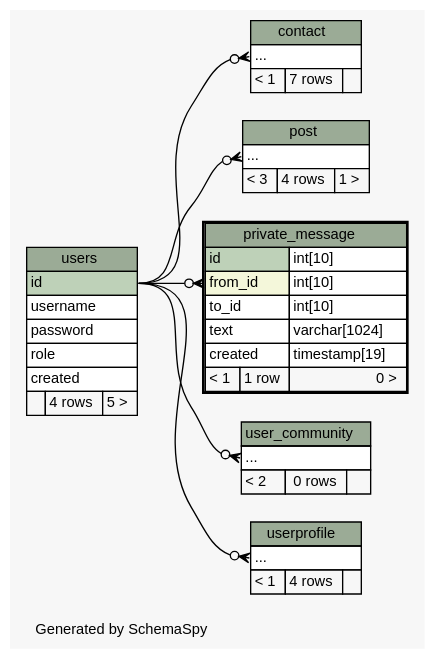
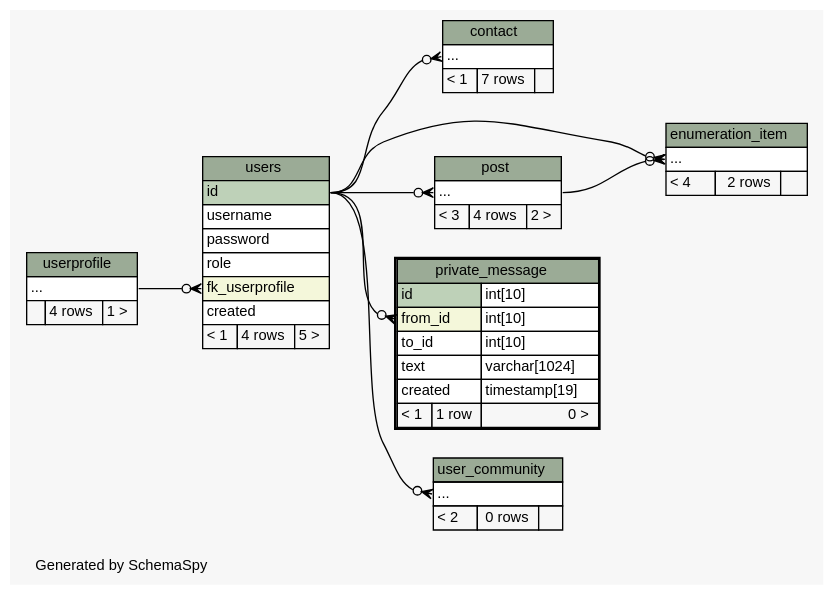
One commit to chr-krenn/chr-krenn-fhj-ws2017-sd17-pse changed the diagram in doc/db_schema/diagrams/private_message.2degrees.dot. Above: the diagram before and after it, drawn with Graphviz. The commit also changed 60 other files, not shown here.

```diff
--- a/doc/db_schema/diagrams/private_message.2degrees.dot
+++ b/doc/db_schema/diagrams/private_message.2degrees.dot
@@ -1,95 +1,108 @@
 // dot 2.40.1 on Linux 4.12.5-300.fc26.x86_64
 // SchemaSpy rev 590
 digraph "twoDegreesRelationshipsDiagram" {
   graph [
     rankdir="RL"
     bgcolor="#f7f7f7"
     label="\nGenerated by SchemaSpy"
     labeljust="l"
     nodesep="0.18"
     ranksep="0.46"
     fontname="Helvetica"
     fontsize="11"
   ];
   node [
     fontname="Helvetica"
     fontsize="11"
     shape="plaintext"
   ];
   edge [
     arrowsize="0.8"
   ];
   "contact":"elipses":w -> "users":"id":e [arrowhead=none dir=back arrowtail=crowodot];
+  "enumeration_item":"elipses":w -> "post":"elipses":e [arrowhead=none dir=back arrowtail=crowodot];
+  "enumeration_item":"elipses":w -> "users":"id":e [arrowhead=none dir=back arrowtail=crowodot];
   "post":"elipses":w -> "users":"id":e [arrowhead=none dir=back arrowtail=crowodot];
   "private_message":"from_id":w -> "users":"id":e [arrowhead=none dir=back arrowtail=crowodot];
   "user_community":"elipses":w -> "users":"id":e [arrowhead=none dir=back arrowtail=crowodot];
-  "userprofile":"elipses":w -> "users":"id":e [arrowhead=none dir=back arrowtail=crowodot];
+  "users":"fk_userprofile":w -> "userprofile":"elipses":e [arrowhead=none dir=back arrowtail=crowodot];
   "contact" [
     label=<
     <TABLE BORDER="0" CELLBORDER="1" CELLSPACING="0" BGCOLOR="#ffffff">
       <TR><TD COLSPAN="3" BGCOLOR="#9bab96" ALIGN="CENTER">contact</TD></TR>
       <TR><TD PORT="elipses" COLSPAN="3" ALIGN="LEFT">...</TD></TR>
       <TR><TD ALIGN="LEFT" BGCOLOR="#f7f7f7">&lt; 1</TD><TD ALIGN="RIGHT" BGCOLOR="#f7f7f7">7 rows</TD><TD ALIGN="RIGHT" BGCOLOR="#f7f7f7">  </TD></TR>
     </TABLE>>
     URL="contact.html"
     tooltip="contact"
   ];
+  "enumeration_item" [
+    label=<
+    <TABLE BORDER="0" CELLBORDER="1" CELLSPACING="0" BGCOLOR="#ffffff">
+      <TR><TD COLSPAN="3" BGCOLOR="#9bab96" ALIGN="CENTER">enumeration_item</TD></TR>
+      <TR><TD PORT="elipses" COLSPAN="3" ALIGN="LEFT">...</TD></TR>
+      <TR><TD ALIGN="LEFT" BGCOLOR="#f7f7f7">&lt; 4</TD><TD ALIGN="RIGHT" BGCOLOR="#f7f7f7">2 rows</TD><TD ALIGN="RIGHT" BGCOLOR="#f7f7f7">  </TD></TR>
+    </TABLE>>
+    URL="enumeration_item.html"
+    tooltip="enumeration_item"
+  ];
   "post" [
     label=<
     <TABLE BORDER="0" CELLBORDER="1" CELLSPACING="0" BGCOLOR="#ffffff">
       <TR><TD COLSPAN="3" BGCOLOR="#9bab96" ALIGN="CENTER">post</TD></TR>
       <TR><TD PORT="elipses" COLSPAN="3" ALIGN="LEFT">...</TD></TR>
-      <TR><TD ALIGN="LEFT" BGCOLOR="#f7f7f7">&lt; 3</TD><TD ALIGN="RIGHT" BGCOLOR="#f7f7f7">4 rows</TD><TD ALIGN="RIGHT" BGCOLOR="#f7f7f7">1 &gt;</TD></TR>
+      <TR><TD ALIGN="LEFT" BGCOLOR="#f7f7f7">&lt; 3</TD><TD ALIGN="RIGHT" BGCOLOR="#f7f7f7">4 rows</TD><TD ALIGN="RIGHT" BGCOLOR="#f7f7f7">2 &gt;</TD></TR>
     </TABLE>>
     URL="post.html"
     tooltip="post"
   ];
   "private_message" [
     label=<
     <TABLE BORDER="2" CELLBORDER="1" CELLSPACING="0" BGCOLOR="#ffffff">
       <TR><TD COLSPAN="3" BGCOLOR="#9bab96" ALIGN="CENTER">private_message</TD></TR>
       <TR><TD PORT="id" COLSPAN="2" BGCOLOR="#bed1b8" ALIGN="LEFT">id</TD><TD PORT="id.type" ALIGN="LEFT">int[10]</TD></TR>
       <TR><TD PORT="from_id" COLSPAN="2" BGCOLOR="#f4f7da" ALIGN="LEFT">from_id</TD><TD PORT="from_id.type" ALIGN="LEFT">int[10]</TD></TR>
       <TR><TD PORT="to_id" COLSPAN="2" ALIGN="LEFT">to_id</TD><TD PORT="to_id.type" ALIGN="LEFT">int[10]</TD></TR>
       <TR><TD PORT="text" COLSPAN="2" ALIGN="LEFT">text</TD><TD PORT="text.type" ALIGN="LEFT">varchar[1024]</TD></TR>
       <TR><TD PORT="created" COLSPAN="2" ALIGN="LEFT">created</TD><TD PORT="created.type" ALIGN="LEFT">timestamp[19]</TD></TR>
       <TR><TD ALIGN="LEFT" BGCOLOR="#f7f7f7">&lt; 1</TD><TD ALIGN="RIGHT" BGCOLOR="#f7f7f7">1 row</TD><TD ALIGN="RIGHT" BGCOLOR="#f7f7f7">0 &gt;</TD></TR>
     </TABLE>>
     URL="private_message.html"
     tooltip="private_message"
   ];
   "user_community" [
     label=<
     <TABLE BORDER="0" CELLBORDER="1" CELLSPACING="0" BGCOLOR="#ffffff">
       <TR><TD COLSPAN="3" BGCOLOR="#9bab96" ALIGN="CENTER">user_community</TD></TR>
       <TR><TD PORT="elipses" COLSPAN="3" ALIGN="LEFT">...</TD></TR>
       <TR><TD ALIGN="LEFT" BGCOLOR="#f7f7f7">&lt; 2</TD><TD ALIGN="RIGHT" BGCOLOR="#f7f7f7">0 rows</TD><TD ALIGN="RIGHT" BGCOLOR="#f7f7f7">  </TD></TR>
     </TABLE>>
     URL="user_community.html"
     tooltip="user_community"
   ];
   "userprofile" [
     label=<
     <TABLE BORDER="0" CELLBORDER="1" CELLSPACING="0" BGCOLOR="#ffffff">
       <TR><TD COLSPAN="3" BGCOLOR="#9bab96" ALIGN="CENTER">userprofile</TD></TR>
       <TR><TD PORT="elipses" COLSPAN="3" ALIGN="LEFT">...</TD></TR>
-      <TR><TD ALIGN="LEFT" BGCOLOR="#f7f7f7">&lt; 1</TD><TD ALIGN="RIGHT" BGCOLOR="#f7f7f7">4 rows</TD><TD ALIGN="RIGHT" BGCOLOR="#f7f7f7">  </TD></TR>
+      <TR><TD ALIGN="LEFT" BGCOLOR="#f7f7f7">  </TD><TD ALIGN="RIGHT" BGCOLOR="#f7f7f7">4 rows</TD><TD ALIGN="RIGHT" BGCOLOR="#f7f7f7">1 &gt;</TD></TR>
     </TABLE>>
     URL="userprofile.html"
     tooltip="userprofile"
   ];
   "users" [
     label=<
     <TABLE BORDER="0" CELLBORDER="1" CELLSPACING="0" BGCOLOR="#ffffff">
       <TR><TD COLSPAN="3" BGCOLOR="#9bab96" ALIGN="CENTER">users</TD></TR>
       <TR><TD PORT="id" COLSPAN="3" BGCOLOR="#bed1b8" ALIGN="LEFT">id</TD></TR>
       <TR><TD PORT="username" COLSPAN="3" ALIGN="LEFT">username</TD></TR>
       <TR><TD PORT="password" COLSPAN="3" ALIGN="LEFT">password</TD></TR>
       <TR><TD PORT="role" COLSPAN="3" ALIGN="LEFT">role</TD></TR>
+      <TR><TD PORT="fk_userprofile" COLSPAN="3" BGCOLOR="#f4f7da" ALIGN="LEFT">fk_userprofile</TD></TR>
       <TR><TD PORT="created" COLSPAN="3" ALIGN="LEFT">created</TD></TR>
-      <TR><TD ALIGN="LEFT" BGCOLOR="#f7f7f7">  </TD><TD ALIGN="RIGHT" BGCOLOR="#f7f7f7">4 rows</TD><TD ALIGN="RIGHT" BGCOLOR="#f7f7f7">5 &gt;</TD></TR>
+      <TR><TD ALIGN="LEFT" BGCOLOR="#f7f7f7">&lt; 1</TD><TD ALIGN="RIGHT" BGCOLOR="#f7f7f7">4 rows</TD><TD ALIGN="RIGHT" BGCOLOR="#f7f7f7">5 &gt;</TD></TR>
     </TABLE>>
     URL="users.html"
     tooltip="users"
   ];
 }
```
